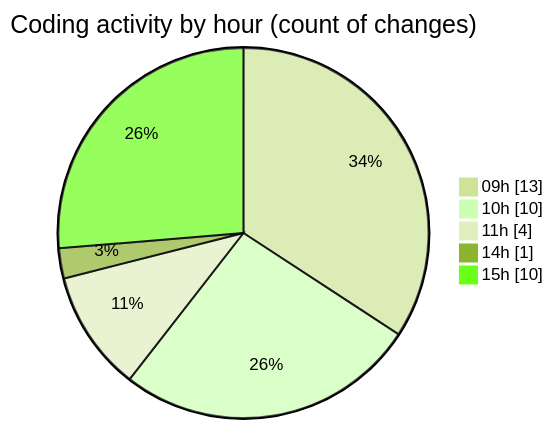
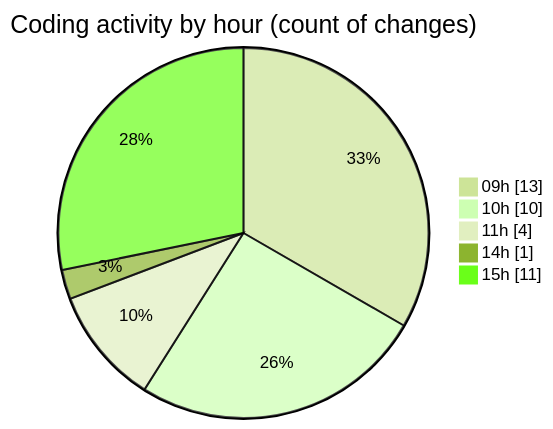
Before and after one commit to julien-gomy/code-tracking: the second of 2 diagrams in 2025-11-10/cdp_aleoudev_fr__workspace_/README.md, drawn with Mermaid (forest theme). The commit also changed other lines of this file and 1 other file, not shown here.

````diff
--- a/2025-11-10/cdp_aleoudev_fr__workspace_/README.md
+++ b/2025-11-10/cdp_aleoudev_fr__workspace_/README.md
@@ -43,9 +44,9 @@
 ```mermaid
 pie showData
 title Coding activity by hour (count of changes)
 "09h" : 13
 "10h" : 10
 "11h" : 4
 "14h" : 1
-"15h" : 10
+"15h" : 11
 ```
````
